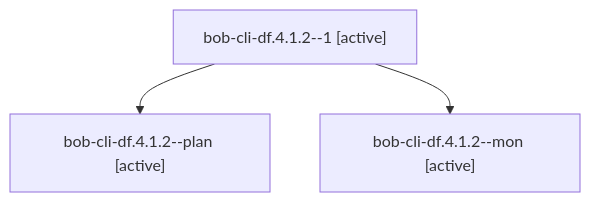
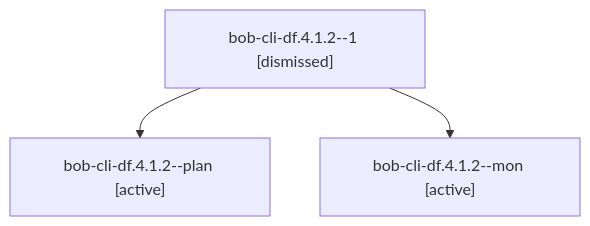
One commit to bobs-org/bob-cli--agents changed the diagram in sessions/bbugyi200.athena.bob-cli-df.4.1.2.md. Above: the diagram before and after it, drawn with Mermaid. The commit also changed other lines of this file and 117 other files, not shown here.

````diff
--- a/sessions/bbugyi200.athena.bob-cli-df.4.1.2.md
+++ b/sessions/bbugyi200.athena.bob-cli-df.4.1.2.md
@@ -9,8 +9,8 @@
 ```mermaid
 flowchart TD
-  n0["bob-cli-df.4.1.2--1 [active]"]
+  n0["bob-cli-df.4.1.2--1 [dismissed]"]
   n1["bob-cli-df.4.1.2--plan [active]"]
   n0 --> n1
   n2["bob-cli-df.4.1.2--mon [active]"]
   n0 --> n2
 ```
````
